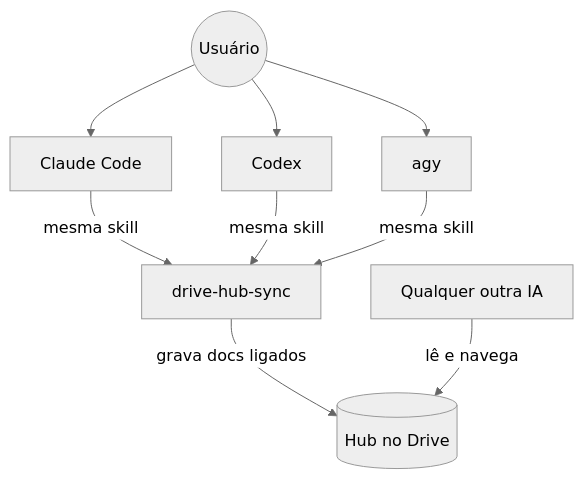
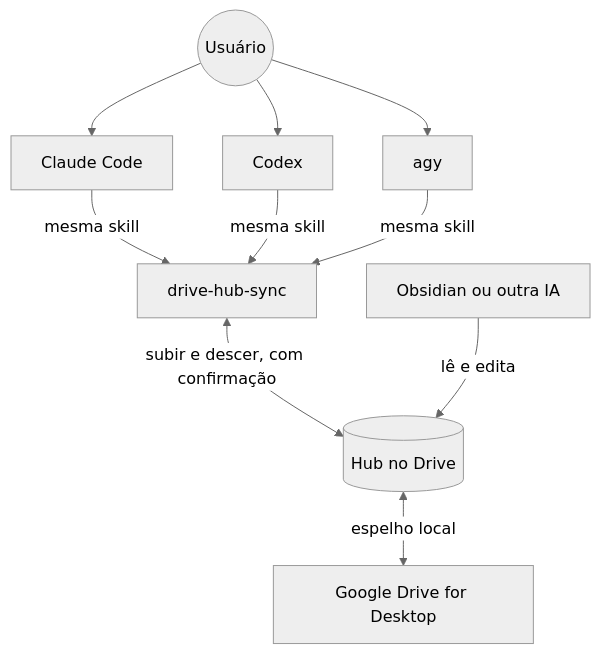
Before and after one commit to nathanramorim/drive-hub-sync: the first of 3 diagrams in sdd/discovery/ffd2-hub-multi-agente-grafo/criteria.md, drawn with Mermaid (neutral theme). The commit also changed other lines of this file and 4 other files, not shown here.

Commit message:
docs(discovery): ffd2 com sync bidirecional, grafo e Obsidian

````diff
--- a/sdd/discovery/ffd2-hub-multi-agente-grafo/criteria.md
+++ b/sdd/discovery/ffd2-hub-multi-agente-grafo/criteria.md
@@ -28,9 +31,10 @@
 ```mermaid
 graph TB
   User((Usuário)) --> CC[Claude Code]
   User --> CX[Codex]
   User --> AGY[agy]
   CC & CX & AGY -->|mesma skill| Plugin[drive-hub-sync]
-  Plugin -->|grava docs ligados| Hub[(Hub no Drive)]
-  Outra[Qualquer outra IA] -->|lê e navega| Hub
+  Plugin <-->|subir e descer, com confirmação| Hub[(Hub no Drive)]
+  Hub <-->|espelho local| GDD[Google Drive for Desktop]
+  Obs[Obsidian ou outra IA] -->|lê e edita| Hub
 ```
````
